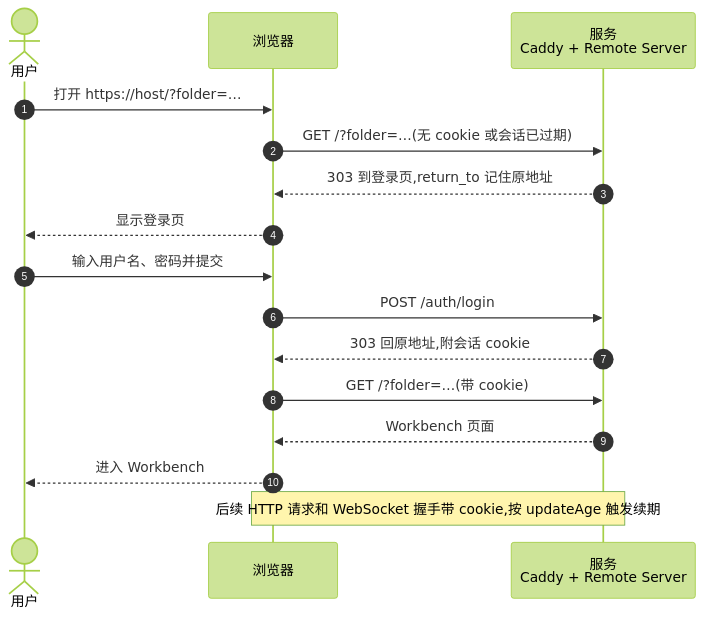
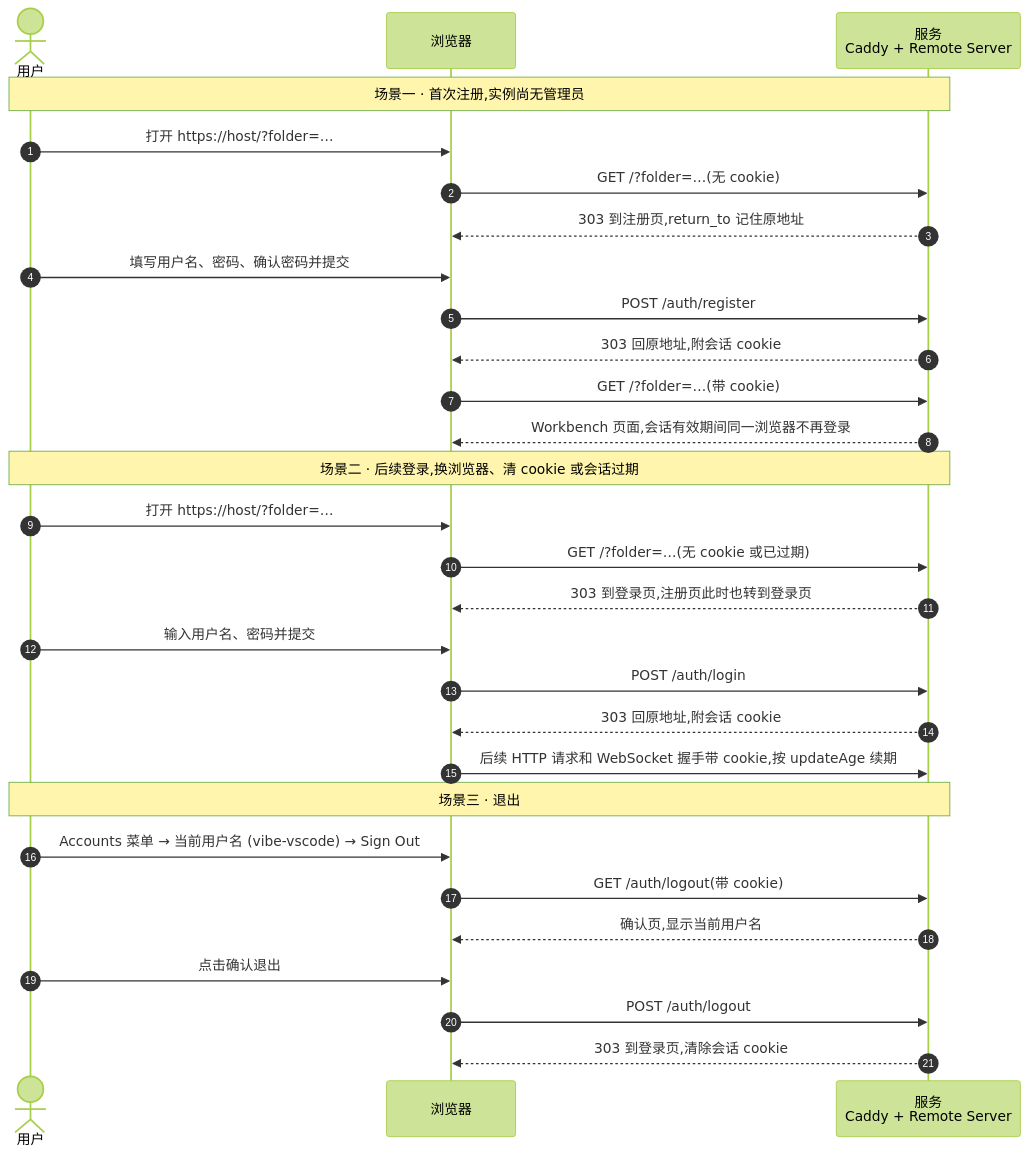
The fourth of 11 diagrams in vibe_vscode_doc/design/login_authentication.md (ActivePeter/vibe-vscode), drawn with Mermaid (forest theme) before and after one commit. The commit also changed other lines of this file, not shown here.

````diff
--- a/vibe_vscode_doc/design/login_authentication.md
+++ b/vibe_vscode_doc/design/login_authentication.md
@@ -160,19 +133,34 @@
 ```mermaid
 sequenceDiagram
     autonumber
     actor User as 用户
     participant Browser as 浏览器
     participant Service as 服务<br/>Caddy + Remote Server
 
+    Note over User,Service: 场景一 · 首次注册,实例尚无管理员
     User->>Browser: 打开 https://host/?folder=…
-    Browser->>Service: GET /?folder=…(无 cookie 或会话已过期)
-    Service-->>Browser: 303 到登录页,return_to 记住原地址
-    Browser-->>User: 显示登录页
+    Browser->>Service: GET /?folder=…(无 cookie)
+    Service-->>Browser: 303 到注册页,return_to 记住原地址
+    User->>Browser: 填写用户名、密码、确认密码并提交
+    Browser->>Service: POST /auth/register
+    Service-->>Browser: 303 回原地址,附会话 cookie
+    Browser->>Service: GET /?folder=…(带 cookie)
+    Service-->>Browser: Workbench 页面,会话有效期间同一浏览器不再登录
+
+    Note over User,Service: 场景二 · 后续登录,换浏览器、清 cookie 或会话过期
+    User->>Browser: 打开 https://host/?folder=…
+    Browser->>Service: GET /?folder=…(无 cookie 或已过期)
+    Service-->>Browser: 303 到登录页,注册页此时也转到登录页
     User->>Browser: 输入用户名、密码并提交
     Browser->>Service: POST /auth/login
     Service-->>Browser: 303 回原地址,附会话 cookie
-    Browser->>Service: GET /?folder=…(带 cookie)
-    Service-->>Browser: Workbench 页面
-    Browser-->>User: 进入 Workbench
-    Note over Browser,Service: 后续 HTTP 请求和 WebSocket 握手带 cookie,按 updateAge 触发续期
+    Browser->>Service: 后续 HTTP 请求和 WebSocket 握手带 cookie,按 updateAge 续期
+
+    Note over User,Service: 场景三 · 退出
+    User->>Browser: Accounts 菜单 → 当前用户名 (vibe-vscode) → Sign Out
+    Browser->>Service: GET /auth/logout(带 cookie)
+    Service-->>Browser: 确认页,显示当前用户名
+    User->>Browser: 点击确认退出
+    Browser->>Service: POST /auth/logout
+    Service-->>Browser: 303 到登录页,清除会话 cookie
 ```
````
